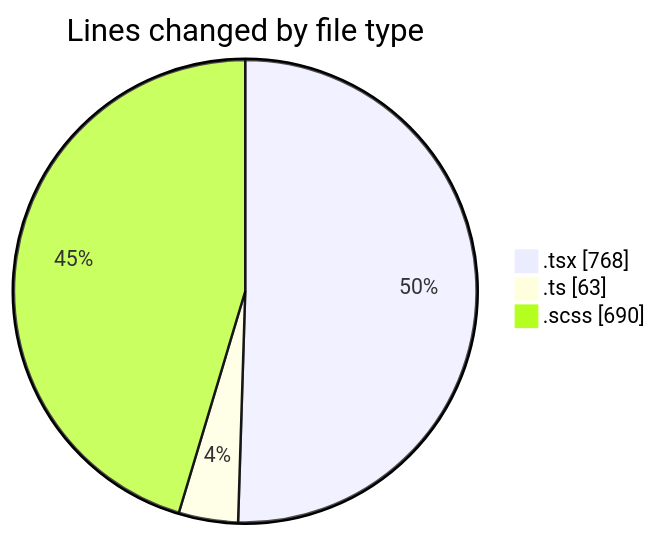
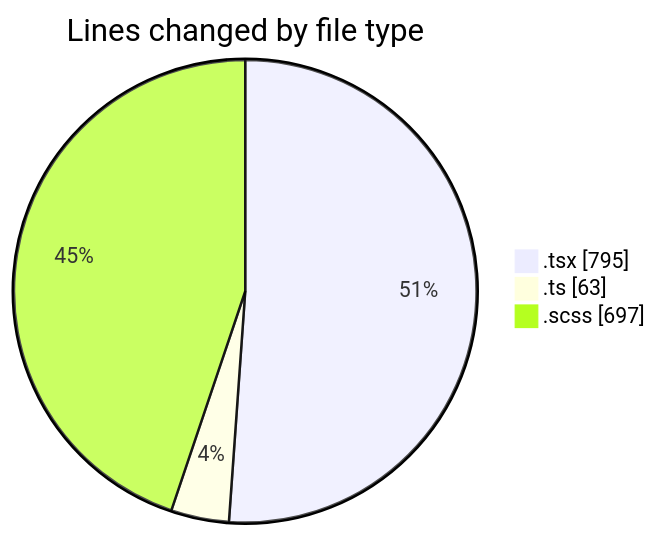
Before and after one commit to momahboobian/code-tracking: the first of 2 diagrams in 2025-04-02/cda/README.md, drawn with Mermaid. The commit also changed other lines of this file and 1 other file, not shown here.

````diff
--- a/2025-04-02/cda/README.md
+++ b/2025-04-02/cda/README.md
@@ -26,7 +26,7 @@
 ```mermaid
 pie showData
 title Lines changed by file type
-".tsx" : 768
+".tsx" : 795
 ".ts" : 63
-".scss" : 690
+".scss" : 697
 ```
````
